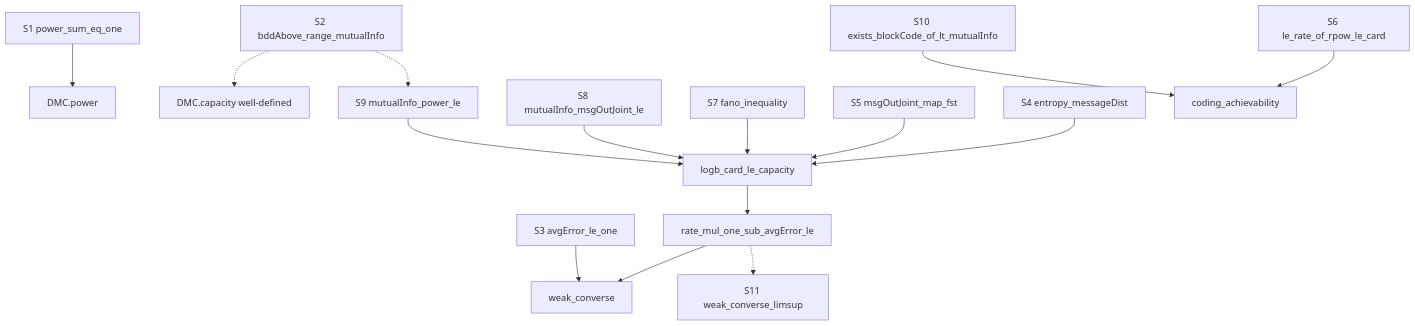
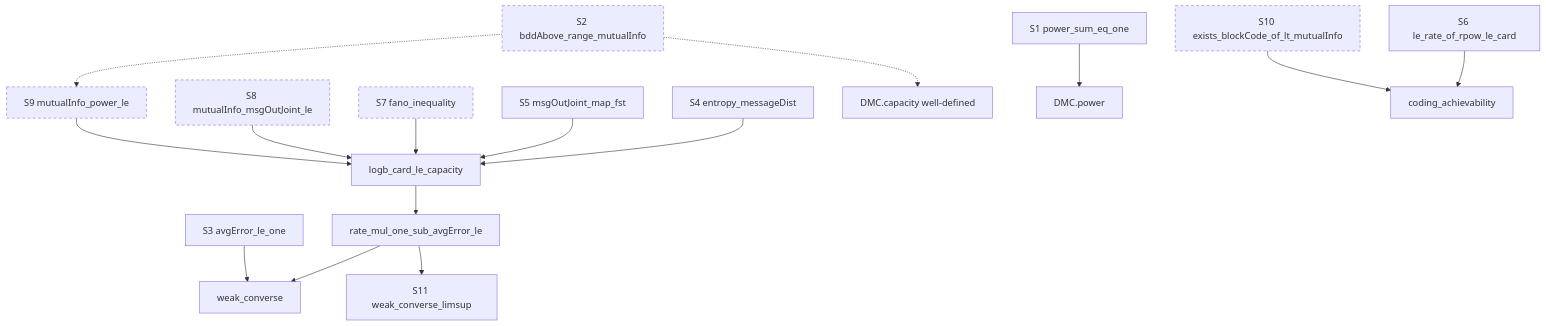
Before and after one commit to aaslyan/FiniteDMC: the diagram in GOAL.md, drawn with Mermaid. The commit also changed other lines of this file and 6 other files, not shown here.

````diff
--- a/GOAL.md
+++ b/GOAL.md
@@ -165,19 +174,21 @@
 ```mermaid
 graph TD
-  S1[S1 power_sum_eq_one] --> P[DMC.power]
-  S2[S2 bddAbove_range_mutualInfo] -.-> C[DMC.capacity well-defined]
-  S2 -.-> S9
-
   S4[S4 entropy_messageDist] --> L[logb_card_le_capacity]
   S5[S5 msgOutJoint_map_fst] --> L
-  S7[S7 fano_inequality] --> L
-  S8[S8 mutualInfo_msgOutJoint_le] --> L
-  S9[S9 mutualInfo_power_le] --> L
+  S7[S7 fano_inequality]:::open --> L
+  S8[S8 mutualInfo_msgOutJoint_le]:::open --> L
+  S9[S9 mutualInfo_power_le]:::open --> L
+  S2[S2 bddAbove_range_mutualInfo]:::open -.-> S9
+  S2 -.-> C[DMC.capacity well-defined]
+  S1[S1 power_sum_eq_one] --> P[DMC.power]
+
   L --> RB[rate_mul_one_sub_avgError_le]
   RB --> WC[weak_converse]
+  RB --> S11[S11 weak_converse_limsup]
   S3[S3 avgError_le_one] --> WC
-  RB -.-> S11[S11 weak_converse_limsup]
 
   S6[S6 le_rate_of_rpow_le_card] --> A[coding_achievability]
-  S10[S10 exists_blockCode_of_lt_mutualInfo] --> A
+  S10[S10 exists_blockCode_of_lt_mutualInfo]:::open --> A
+
+  classDef open stroke-dasharray: 5 4;
 ```
````
